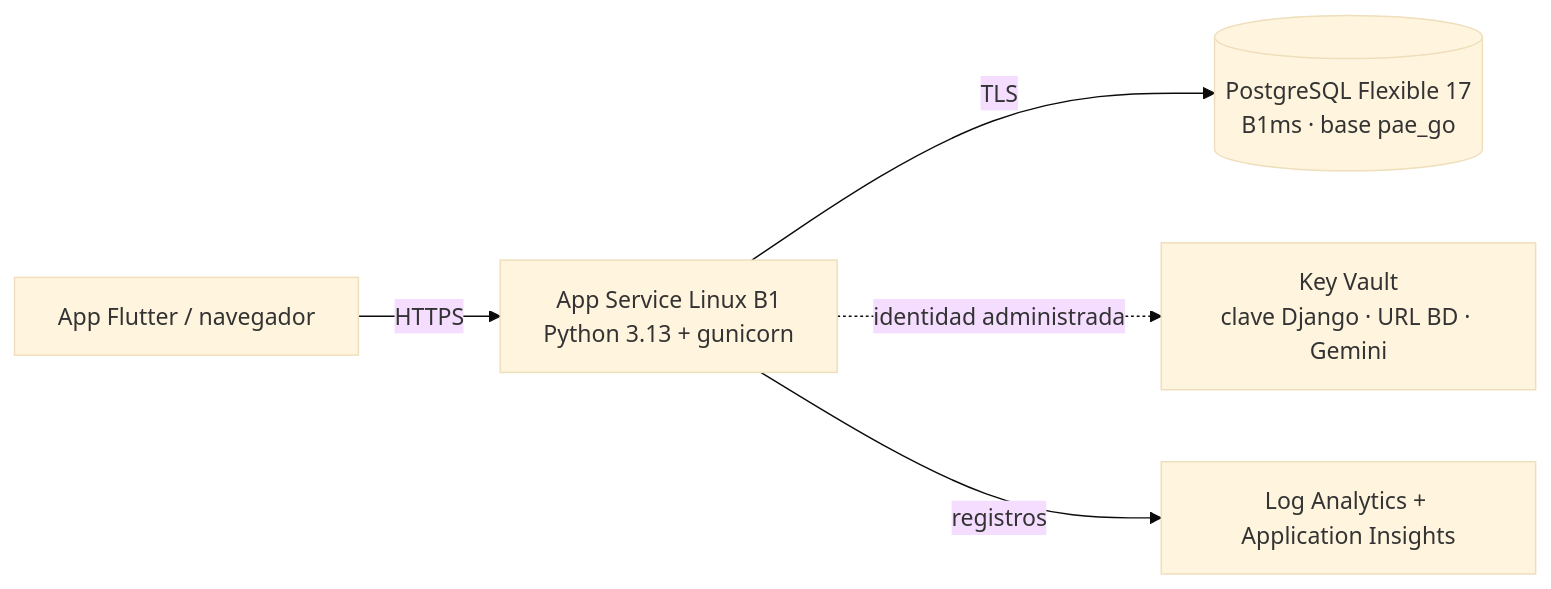
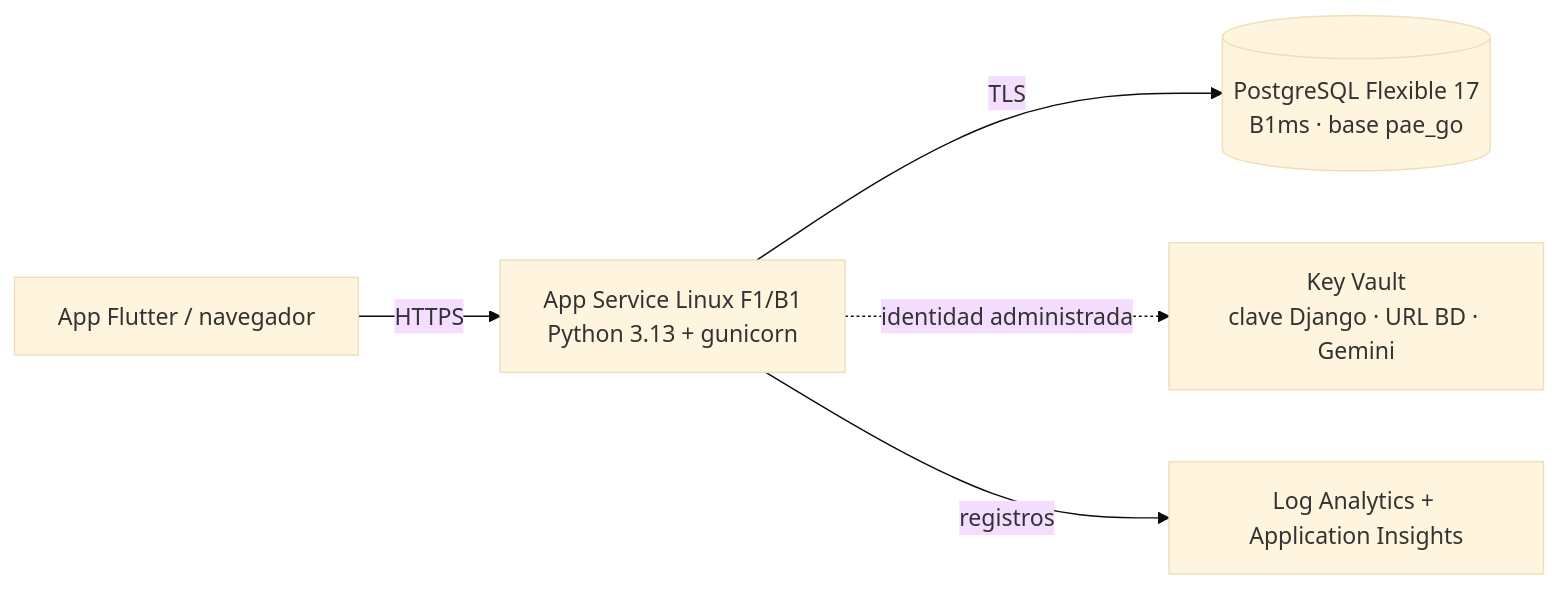
The diagram in infra/README.md (Dania2204/oPAEGo), drawn with Mermaid (base theme) before and after one commit. The commit also changed other lines of this file and 3 other files, not shown here.

````diff
--- a/infra/README.md
+++ b/infra/README.md
@@ -6,7 +6,7 @@
 ```mermaid
 graph LR
-  app[App Flutter / navegador] -- HTTPS --> web[App Service Linux B1<br/>Python 3.13 + gunicorn]
+  app[App Flutter / navegador] -- HTTPS --> web[App Service Linux F1/B1<br/>Python 3.13 + gunicorn]
   web -- TLS --> pg[(PostgreSQL Flexible 17<br/>B1ms · base pae_go)]
   web -. identidad administrada .-> kv[Key Vault<br/>clave Django · URL BD · Gemini]
   web -- registros --> log[Log Analytics + Application Insights]
 ```
````
